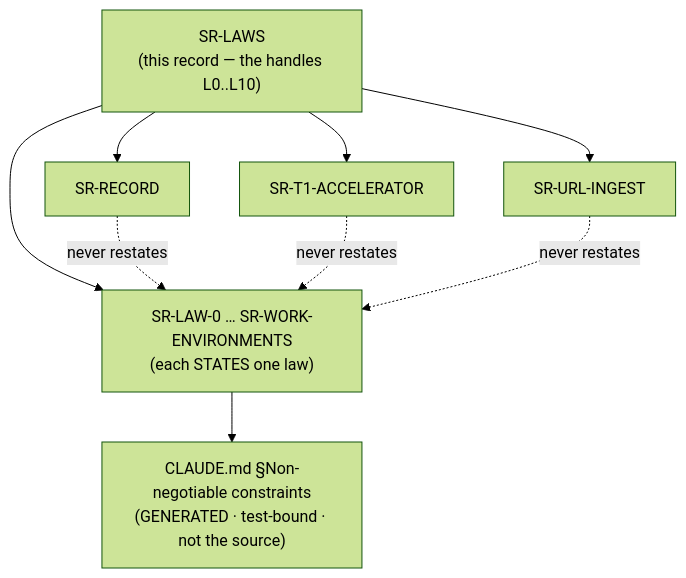
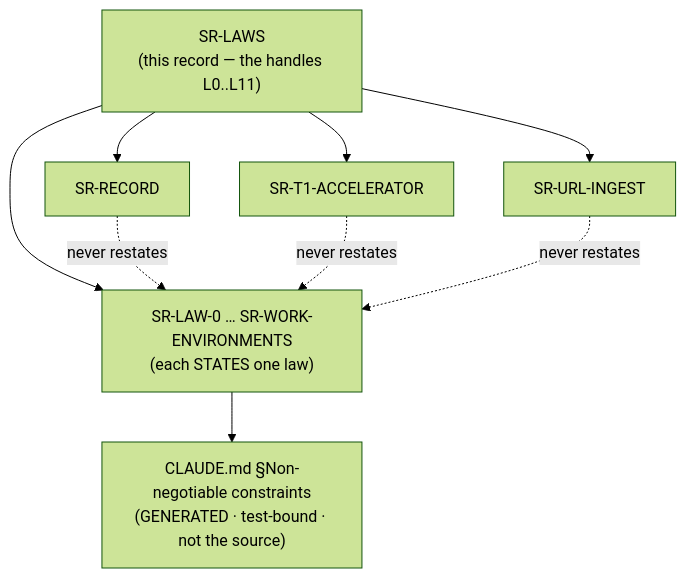
The diagram in records/0001_LAWS.md (arpitarya/fux), drawn with Mermaid (forest theme) before and after one commit. The commit also changed other lines of this file and 366 other files, not shown here.

````diff
--- a/records/0001_LAWS.md
+++ b/records/0001_LAWS.md
@@ -67,17 +68,17 @@
 ```mermaid
 flowchart TD
-    N["SR-LAWS<br/>(this record — the handles L0..L10)"]
+    N["SR-LAWS<br/>(this record — the handles L0..L11)"]
     W["SR-LAW-0 … SR-WORK-ENVIRONMENTS<br/>(each STATES one law)"]
     L["CLAUDE.md §Non-negotiable constraints<br/>(GENERATED · test-bound · not the source)"]
     A["SR-RECORD"]
     B["SR-T1-ACCELERATOR"]
     C["SR-URL-INGEST"]
     N --> W
     W --> L
     N --> A
     N --> B
     N --> C
     A -. "never restates" .-> W
     B -. "never restates" .-> W
     C -. "never restates" .-> W
 ```
````
